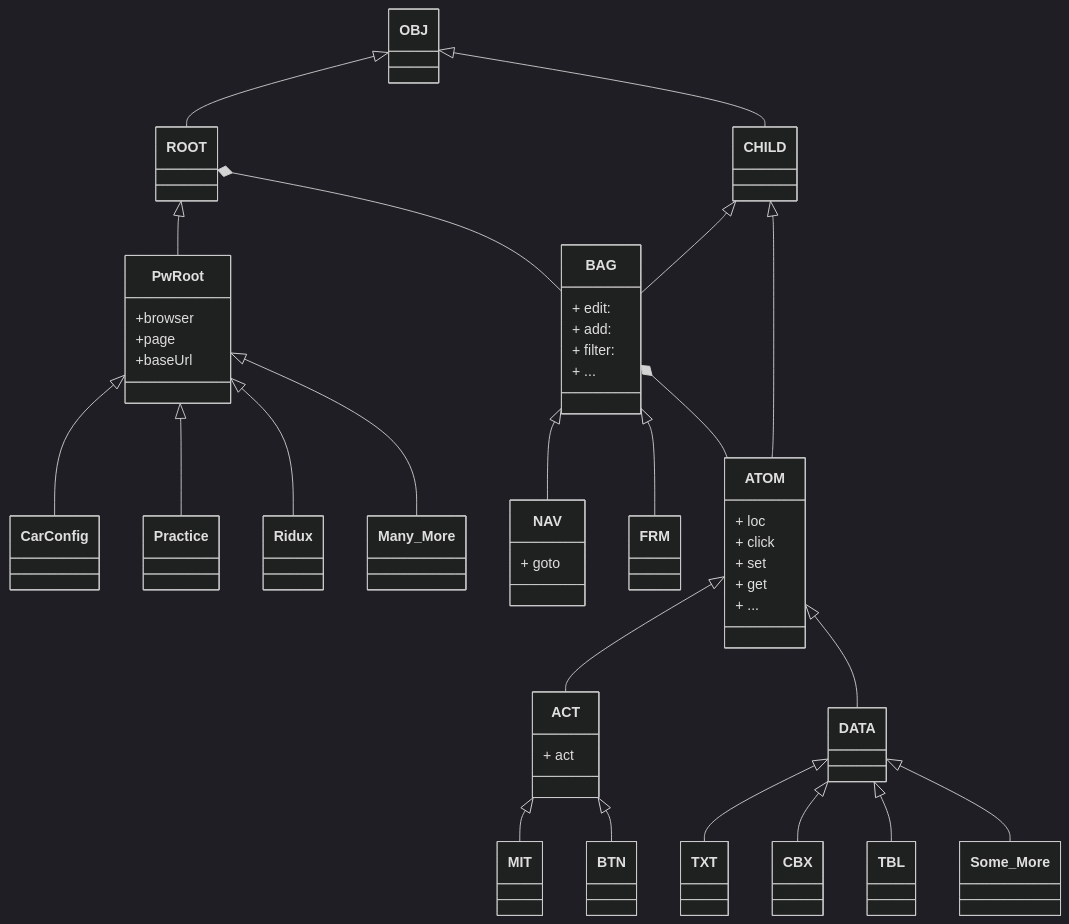
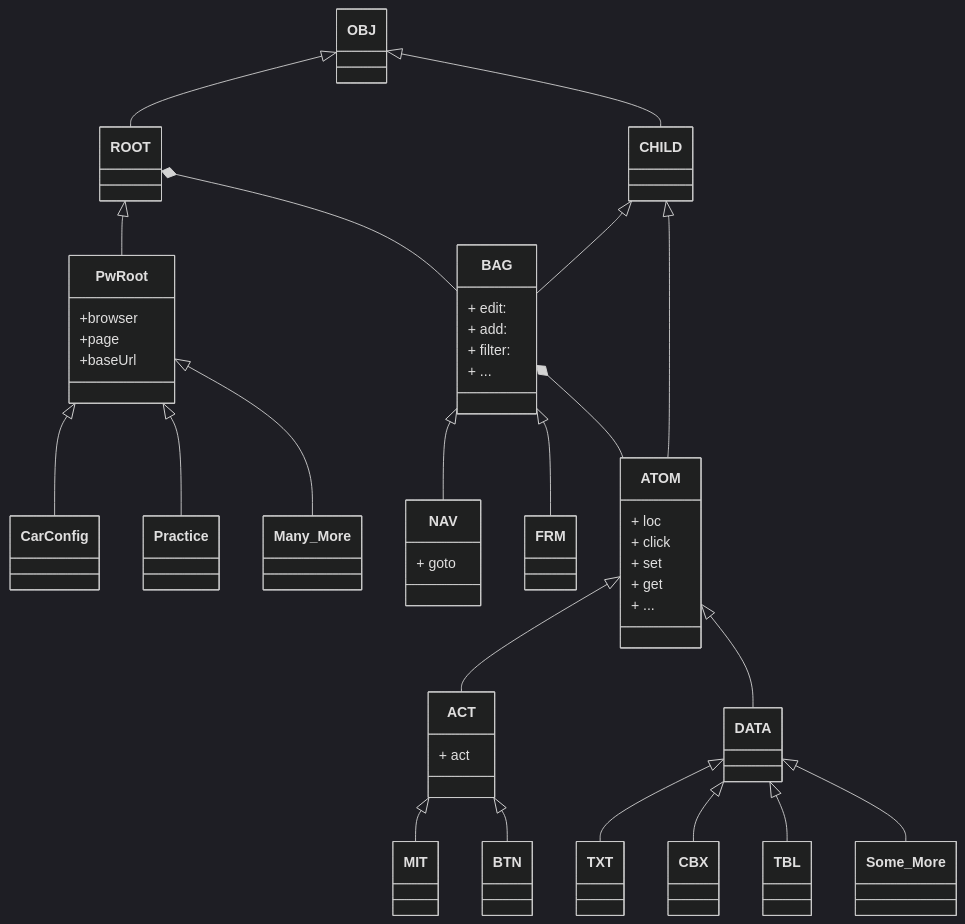
Before and after one commit to rneulinger/coreo: the diagram in Coreo.mermaid, drawn with Mermaid (dark theme).

```diff
--- a/Coreo.mermaid
+++ b/Coreo.mermaid
@@ -1,61 +1,60 @@
 classDiagram
     class OBJ
     class CHILD
     class FRM
     OBJ <|-- ROOT
 
     class ATOM{
         + loc
         + click
         + set
         + get
         + ...
     }
 
     class BAG{
         + edit:
         + add:
         + filter:
         + ...
     }
     class PwRoot{
         +browser
         +page
         +baseUrl
     }
 
     class NAV{
         + goto
     }
     class ACT{
         + act
     }
     ROOT <|-- PwRoot
 
     OBJ <|-- CHILD
     CHILD <|-- BAG
     CHILD <|-- ATOM
 
     %% class CanOwn{<<interface>>}
     %% CanOwn <|-- BAG
     %% CanOwn <|-- ROOT
     
     ATOM <|-- ACT
     ATOM <|-- DATA
     ACT <|-- MIT
     ACT <|-- BTN
     DATA <|-- TXT
     DATA <|-- CBX
     DATA <|-- TBL
     DATA <|-- Some_More
 
     PwRoot <|-- CarConfig
     PwRoot <|-- Practice
-    PwRoot <|-- Ridux
     PwRoot <|-- Many_More
 
     BAG  <|-- NAV
     BAG  <|-- FRM 
     
     ROOT *-- BAG
     BAG *-- ATOM
```
